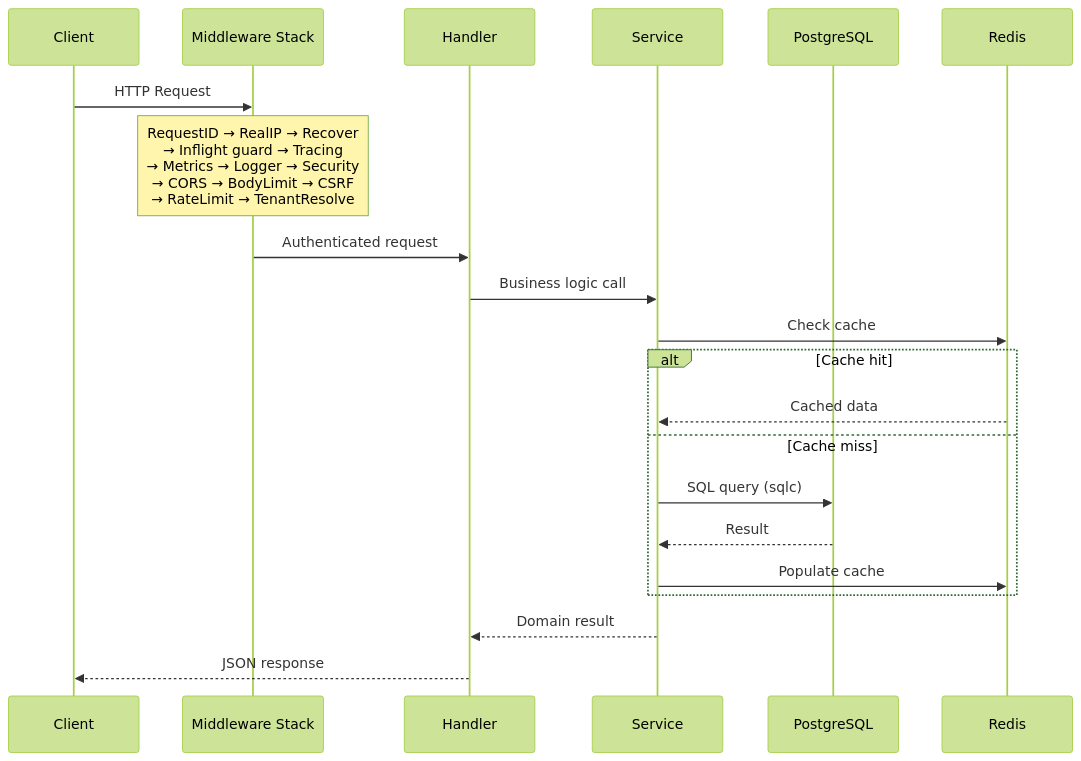
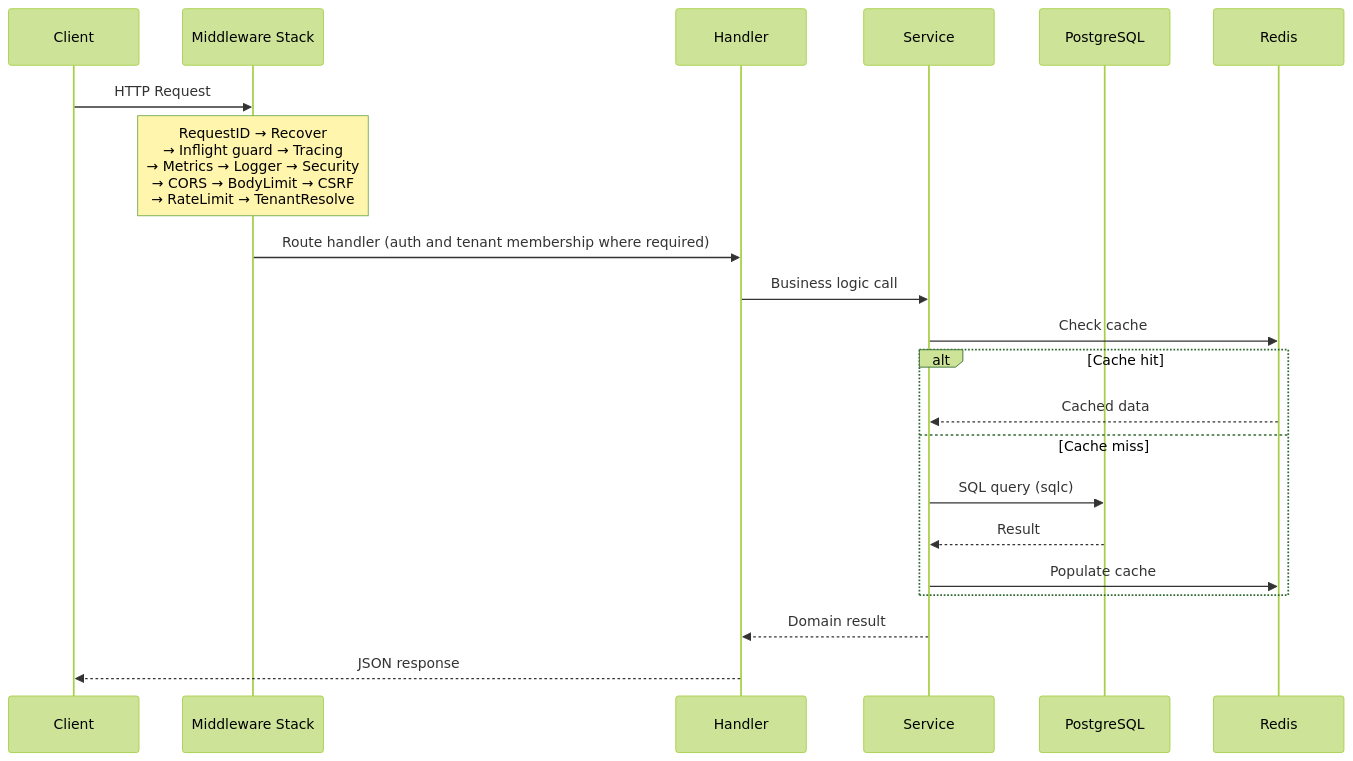
The diagram in docs/ARCHITECTURE.md (noah-isme/toko-api), drawn with Mermaid (forest theme) before and after one commit. The commit also changed other lines of this file and 35 other files, not shown here.

````diff
--- a/docs/ARCHITECTURE.md
+++ b/docs/ARCHITECTURE.md
@@ -107,24 +109,24 @@
 ```mermaid
 sequenceDiagram
     participant Client
     participant Middleware as Middleware Stack
     participant Handler
     participant Service
     participant DB as PostgreSQL
     participant Cache as Redis
 
     Client->>Middleware: HTTP Request
-    Note over Middleware: RequestID → RealIP → Recover<br/>→ Inflight guard → Tracing<br/>→ Metrics → Logger → Security<br/>→ CORS → BodyLimit → CSRF<br/>→ RateLimit → TenantResolve
-    Middleware->>Handler: Authenticated request
+    Note over Middleware: RequestID → Recover<br/>→ Inflight guard → Tracing<br/>→ Metrics → Logger → Security<br/>→ CORS → BodyLimit → CSRF<br/>→ RateLimit → TenantResolve
+    Middleware->>Handler: Route handler (auth and tenant membership where required)
     Handler->>Service: Business logic call
     Service->>Cache: Check cache
     alt Cache hit
         Cache-->>Service: Cached data
     else Cache miss
         Service->>DB: SQL query (sqlc)
         DB-->>Service: Result
         Service->>Cache: Populate cache
     end
     Service-->>Handler: Domain result
     Handler-->>Client: JSON response
 ```
````
